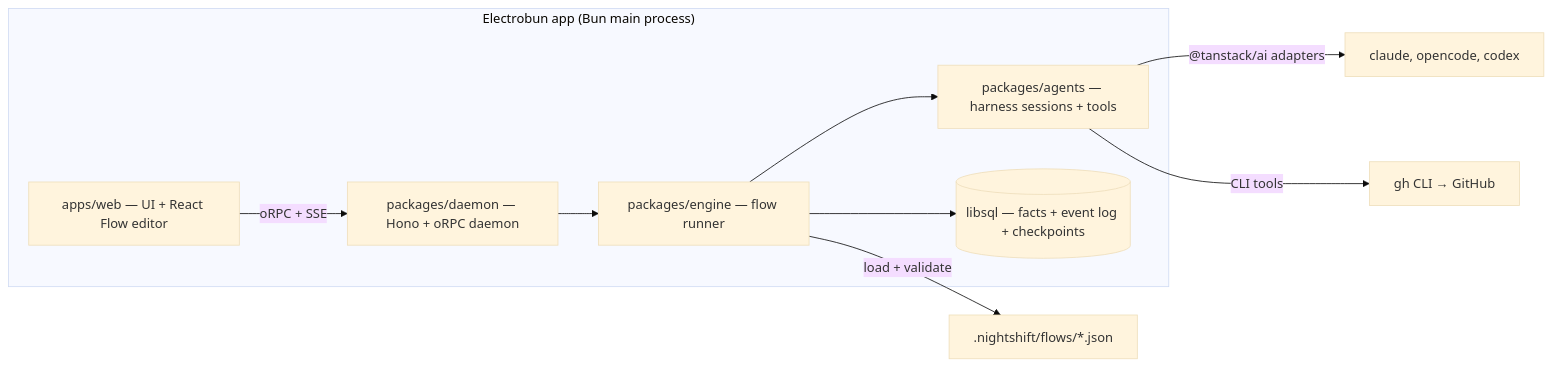
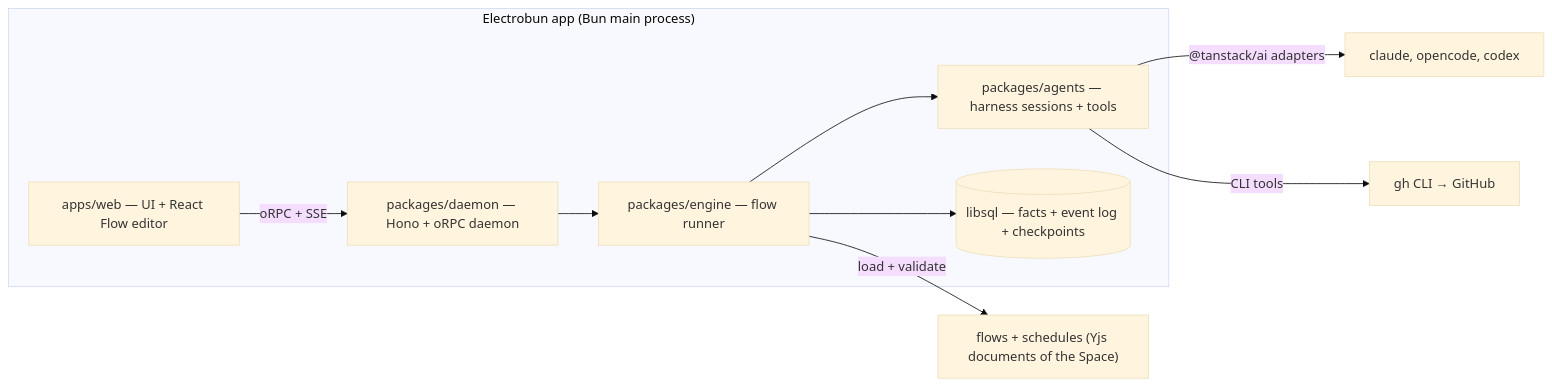
The diagram in docs/PLAN.md (xiduzo/nightshift), drawn with Mermaid (base theme) before and after one commit. The commit also changed other lines of this file and 8 other files, not shown here.

````diff
--- a/docs/PLAN.md
+++ b/docs/PLAN.md
@@ -64,21 +64,21 @@
 ```mermaid
 flowchart LR
   subgraph desktop["Electrobun app (Bun main process)"]
     ui["apps/web — UI + React Flow editor"]
     daemon["packages/daemon — Hono + oRPC daemon"]
     engine["packages/engine — flow runner"]
     agents["packages/agents — harness sessions + tools"]
     db[("libsql — facts + event log + checkpoints")]
   end
-  flows[".nightshift/flows/*.json"]
+  flows["flows + schedules (Yjs documents of the Space)"]
   harness["claude, opencode, codex"]
   gh["gh CLI → GitHub"]
 
   ui -- "oRPC + SSE" --> daemon
   daemon --> engine
   engine --> agents
   engine --> db
   engine -- "load + validate" --> flows
   agents -- "@tanstack/ai adapters" --> harness
   agents -- "CLI tools" --> gh
 ```
````
